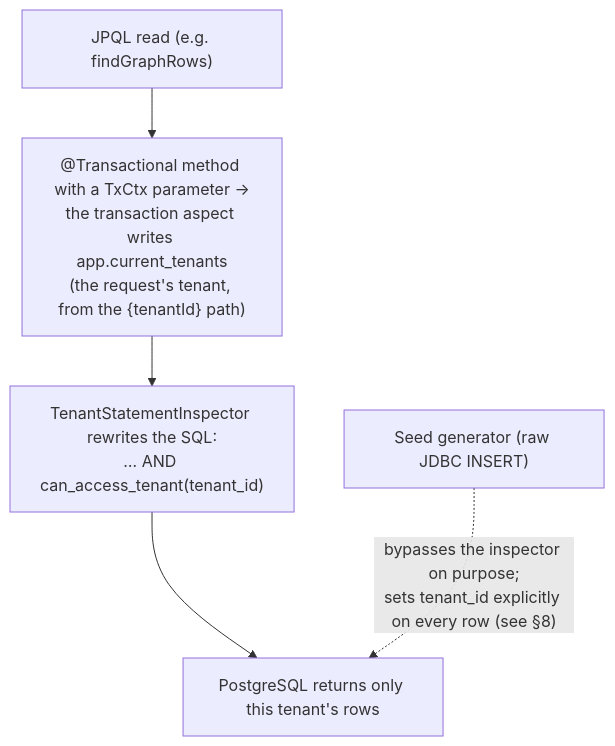
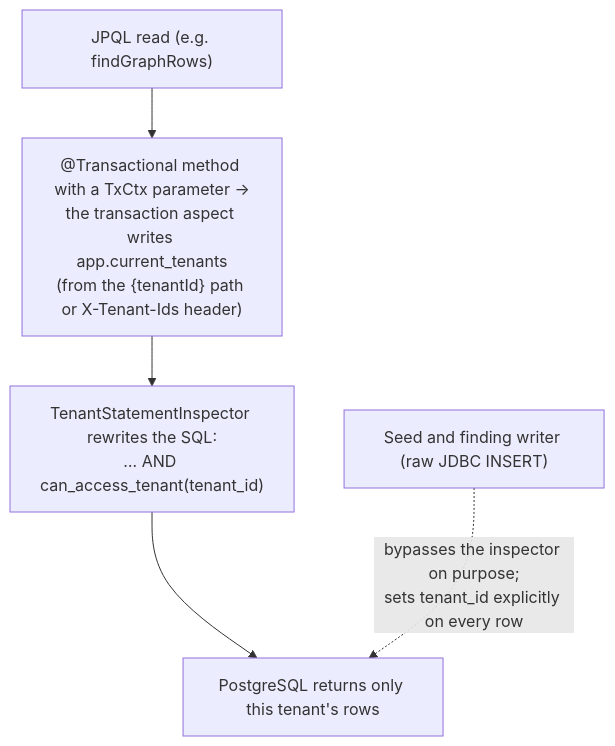
One commit to OpenBAS-Platform/openbas changed the fifth of 6 diagrams in docs/docs/development/attack-path.md. Above: the diagram before and after it, drawn with Mermaid. The commit also changed other lines of this file, not shown here.

Commit message:
docs(attack-path): update the contributor page to the current code

````diff
--- a/docs/docs/development/attack-path.md
+++ b/docs/docs/development/attack-path.md
@@ -214,9 +211,9 @@
 ```mermaid
 flowchart TB
     Q["JPQL read (e.g. findGraphRows)"]
-    TX["@Transactional method with a TxCtx parameter →<br/>the transaction aspect writes app.current_tenants<br/>(the request's tenant, from the {tenantId} path)"]
+    TX["@Transactional method with a TxCtx parameter →<br/>the transaction aspect writes app.current_tenants<br/>(from the {tenantId} path or X-Tenant-Ids header)"]
     INS["TenantStatementInspector rewrites the SQL:<br/>… AND can_access_tenant(tenant_id)"]
     PG["PostgreSQL returns only this tenant's rows"]
     Q --> TX --> INS --> PG
-    SEED["Seed generator (raw JDBC INSERT)"] -.->|"bypasses the inspector on purpose;<br/>sets tenant_id explicitly on every row (see §8)"| PG
+    RAW["Seed and finding writer (raw JDBC INSERT)"] -.->|"bypasses the inspector on purpose;<br/>sets tenant_id explicitly on every row"| PG
 ```
````
